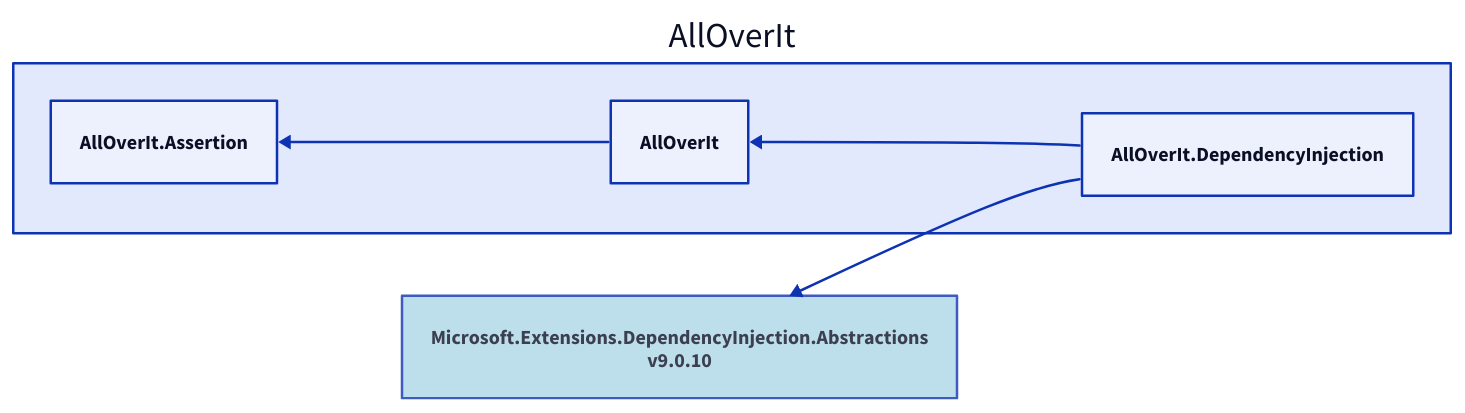
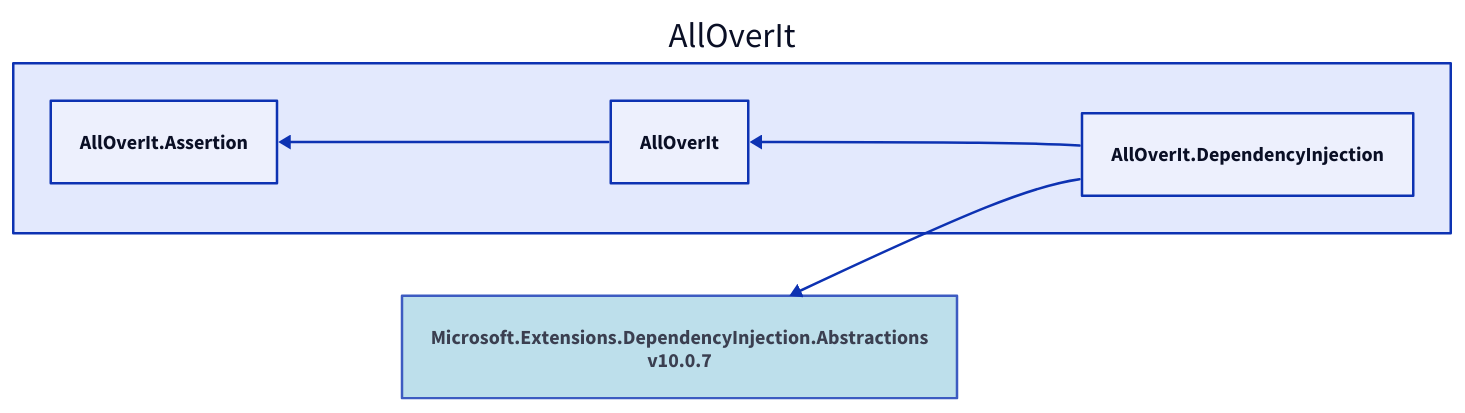
One commit to mjfreelancing/AllOverIt changed the diagram in Docs/Reference/Content/images/dependencies/net9.0/alloverit-dependencyinjection.d2. Above: the diagram before and after it, drawn with D2. The commit also changed 132 other files, not shown here.

```diff
--- a/Docs/Reference/Content/images/dependencies/net9.0/alloverit-dependencyinjection.d2
+++ b/Docs/Reference/Content/images/dependencies/net9.0/alloverit-dependencyinjection.d2
@@ -1,12 +1,12 @@
 direction: left
 
 aoi: AllOverIt
 aoi.alloverit-dependencyinjection: AllOverIt.DependencyInjection
-microsoft-extensions-dependencyinjection-abstractions_9-0-10: Microsoft.Extensions.DependencyInjection.Abstractions\nv9.0.10
-microsoft-extensions-dependencyinjection-abstractions_9-0-10.style.fill: "#ADD8E6"
-microsoft-extensions-dependencyinjection-abstractions_9-0-10.style.opacity: 0.8
-microsoft-extensions-dependencyinjection-abstractions_9-0-10 <- aoi.alloverit-dependencyinjection
+microsoft-extensions-dependencyinjection-abstractions_10-0-7: Microsoft.Extensions.DependencyInjection.Abstractions\nv10.0.7
+microsoft-extensions-dependencyinjection-abstractions_10-0-7.style.fill: "#ADD8E6"
+microsoft-extensions-dependencyinjection-abstractions_10-0-7.style.opacity: 0.8
+microsoft-extensions-dependencyinjection-abstractions_10-0-7 <- aoi.alloverit-dependencyinjection
 aoi.alloverit: AllOverIt
 aoi.alloverit-assertion: AllOverIt.Assertion
 aoi.alloverit-assertion <- aoi.alloverit
 aoi.alloverit <- aoi.alloverit-dependencyinjection
```
